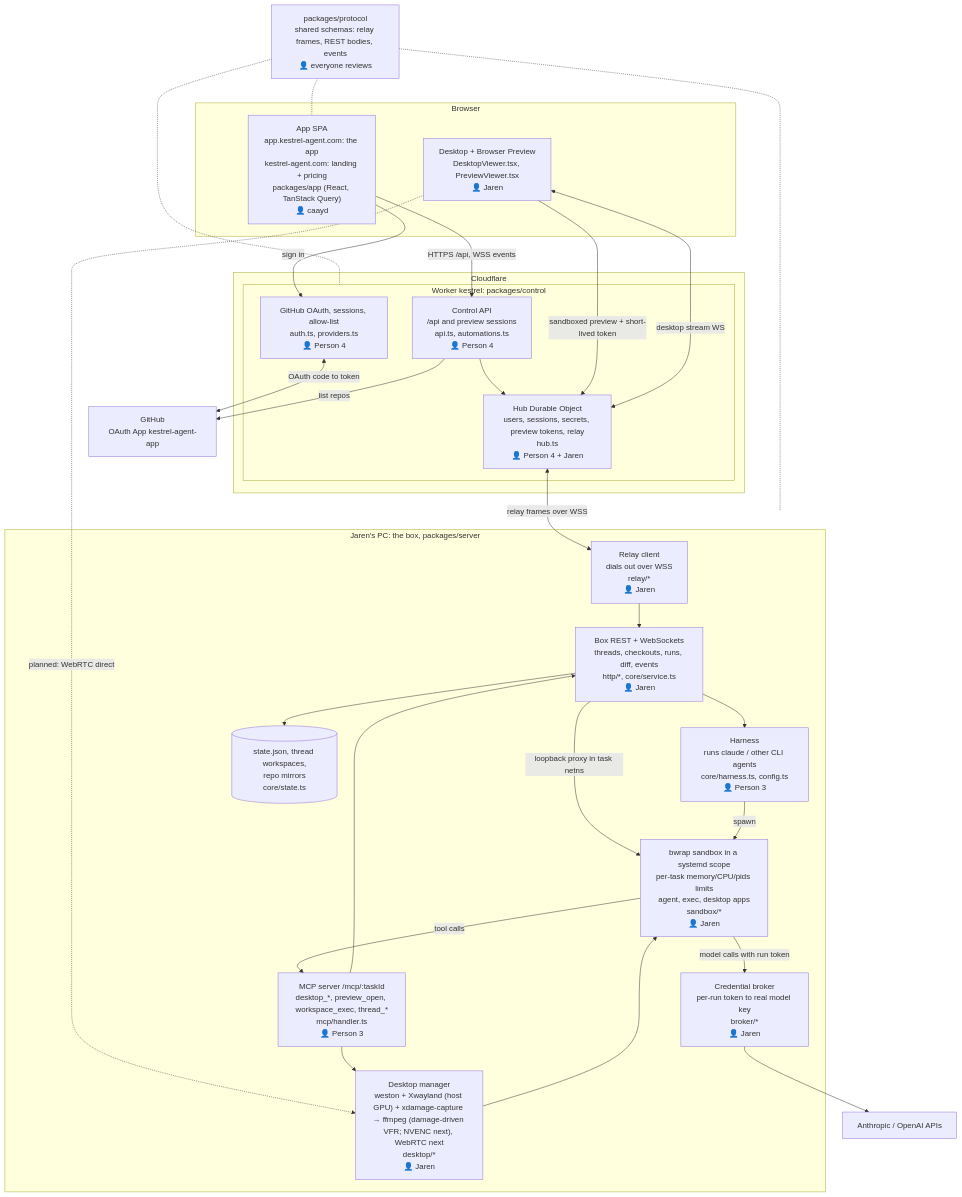
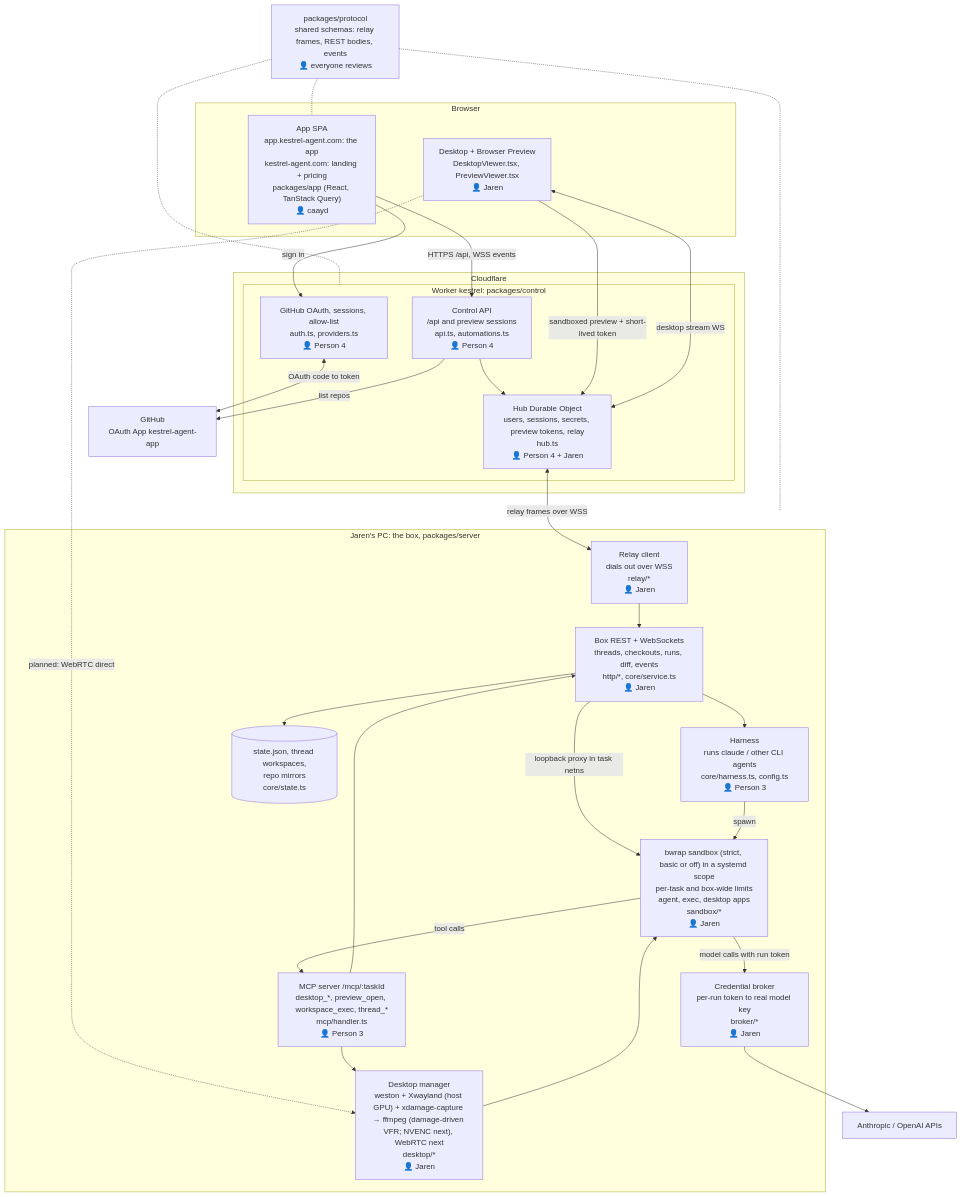
Before and after one commit to jarenm1/kestrel: the diagram in docs/architecture.md, drawn with Mermaid. The commit also changed other lines of this file and 40 other files, not shown here.

First line of the commit message:
kestrel-box: install your own box as a service (pairing, basic sandbox, provisioning) (#107)

````diff
--- a/docs/architecture.md
+++ b/docs/architecture.md
@@ -3,56 +3,56 @@
 ```mermaid
 flowchart TB
   subgraph Browser["Browser"]
     APP["App SPA<br/>app.kestrel-agent.com: the app<br/>kestrel-agent.com: landing + pricing<br/>packages/app (React, TanStack Query)<br/>👤 caayd"]
     VIEW["Desktop + Browser Preview<br/>DesktopViewer.tsx, PreviewViewer.tsx<br/>👤 Jaren"]
   end
 
   subgraph CF["Cloudflare"]
     subgraph CTRL["Worker kestrel: packages/control"]
       AUTH["GitHub OAuth, sessions, allow-list<br/>auth.ts, providers.ts<br/>👤 Person 4"]
       API["Control API<br/>/api and preview sessions<br/>api.ts, automations.ts<br/>👤 Person 4"]
       HUB["Hub Durable Object<br/>users, sessions, secrets, preview tokens, relay<br/>hub.ts<br/>👤 Person 4 + Jaren"]
     end
   end
 
   GH["GitHub<br/>OAuth App kestrel-agent-app"]
 
   subgraph PC["Jaren's PC: the box, packages/server"]
     RELAY["Relay client<br/>dials out over WSS<br/>relay/*<br/>👤 Jaren"]
     REST["Box REST + WebSockets<br/>threads, checkouts, runs, diff, events<br/>http/*, core/service.ts<br/>👤 Jaren"]
     HARN["Harness<br/>runs claude / other CLI agents<br/>core/harness.ts, config.ts<br/>👤 Person 3"]
     MCP["MCP server /mcp/:taskId<br/>desktop_*, preview_open, workspace_exec, thread_*<br/>mcp/handler.ts<br/>👤 Person 3"]
     BROKER["Credential broker<br/>per-run token to real model key<br/>broker/*<br/>👤 Jaren"]
-    SB["bwrap sandbox in a systemd scope<br/>per-task memory/CPU/pids limits<br/>agent, exec, desktop apps<br/>sandbox/*<br/>👤 Jaren"]
+    SB["bwrap sandbox (strict, basic or off) in a systemd scope<br/>per-task and box-wide limits<br/>agent, exec, desktop apps<br/>sandbox/*<br/>👤 Jaren"]
     DESK["Desktop manager<br/>weston + Xwayland (host GPU) + xdamage-capture → ffmpeg (damage-driven VFR; NVENC next), WebRTC next<br/>desktop/*<br/>👤 Jaren"]
     STATE[("state.json, thread workspaces,<br/>repo mirrors<br/>core/state.ts")]
   end
 
   LLM["Anthropic / OpenAI APIs"]
 
   APP -->|HTTPS /api, WSS events| API
   APP -->|sign in| AUTH
   AUTH <-->|OAuth code to token| GH
   API -->|list repos| GH
   API --> HUB
   HUB <-->|relay frames over WSS| RELAY
   VIEW -->|sandboxed preview + short-lived token| HUB
   VIEW <-->|desktop stream WS| HUB
   VIEW -.->|planned: WebRTC direct| DESK
   RELAY --> REST
   REST -->|loopback proxy in task netns| SB
   REST --> HARN
   REST --> STATE
   HARN -->|spawn| SB
   SB -->|tool calls| MCP
   SB -->|model calls with run token| BROKER
   BROKER --> LLM
   MCP --> DESK
   MCP --> REST
   DESK --> SB
 
   PROTO["packages/protocol<br/>shared schemas: relay frames, REST bodies, events<br/>👤 everyone reviews"]
   PROTO -.- APP
   PROTO -.- CTRL
   PROTO -.- PC
 ```
````
